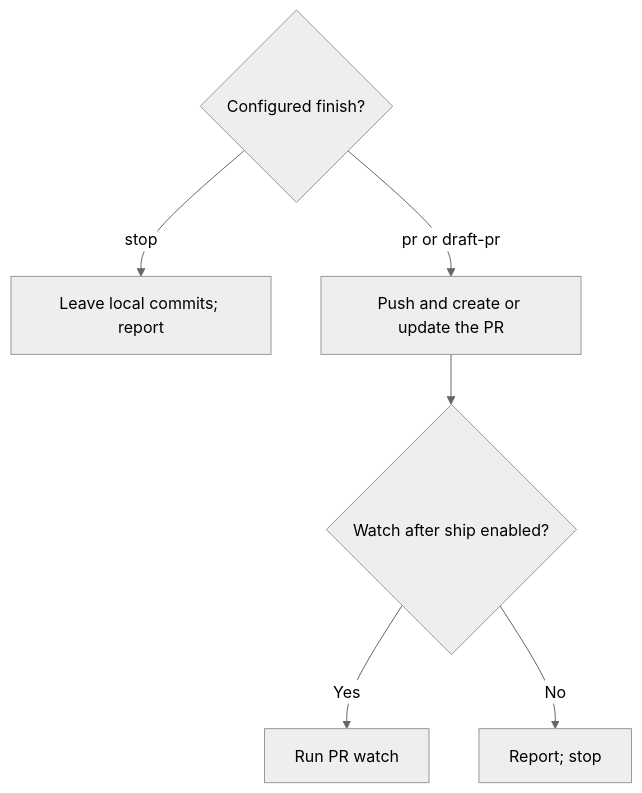
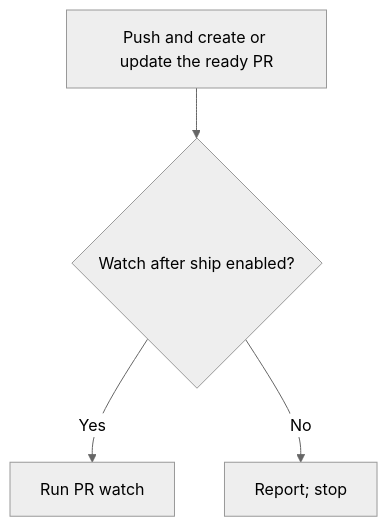
Before and after one commit to LeoMartinDev/skills: diagram 16 of 16 in README.md, drawn with Mermaid (neutral theme). The commit also changed other lines of this file and 27 other files, not shown here.

````diff
--- a/README.md
+++ b/README.md
@@ -274,9 +274,6 @@
 ```mermaid
 flowchart TD
-    F{"Configured finish?"}
-    F -->|stop| L["Leave local commits; report"]
-    F -->|pr or draft-pr| P["Push and create or update the PR"]
-    P --> W{"Watch after ship enabled?"}
+    P["Push and create or update the ready PR"] --> W{"Watch after ship enabled?"}
     W -->|Yes| O["Run PR watch"]
     W -->|No| S["Report; stop"]
 ```
````
